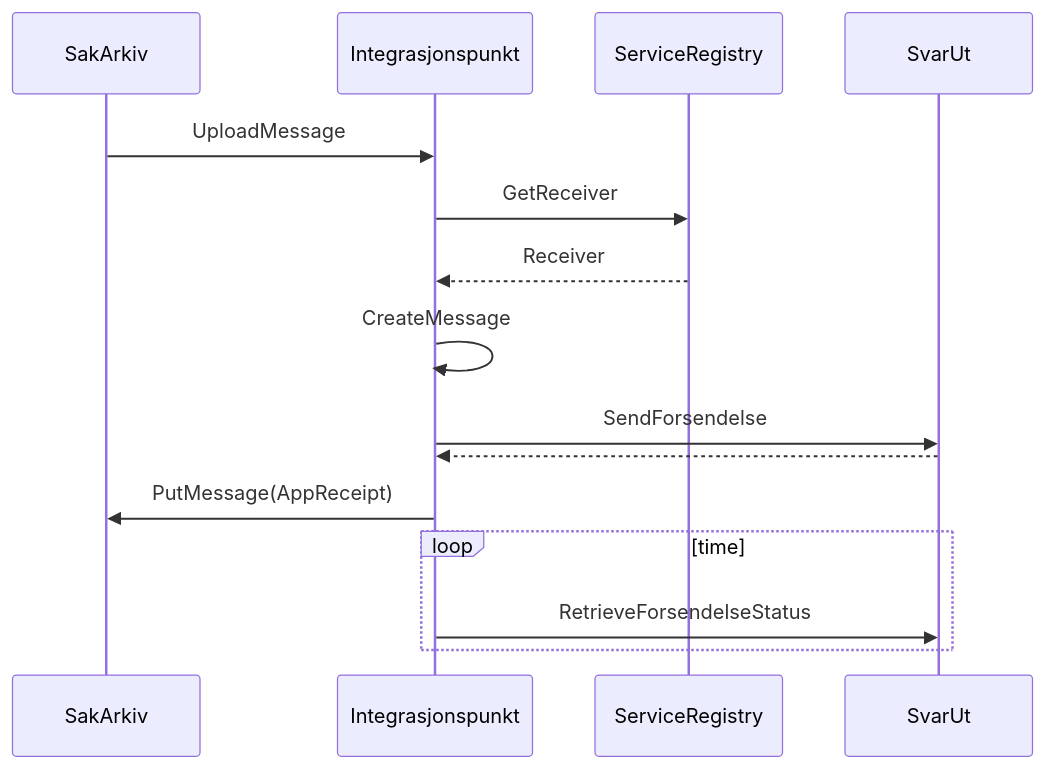
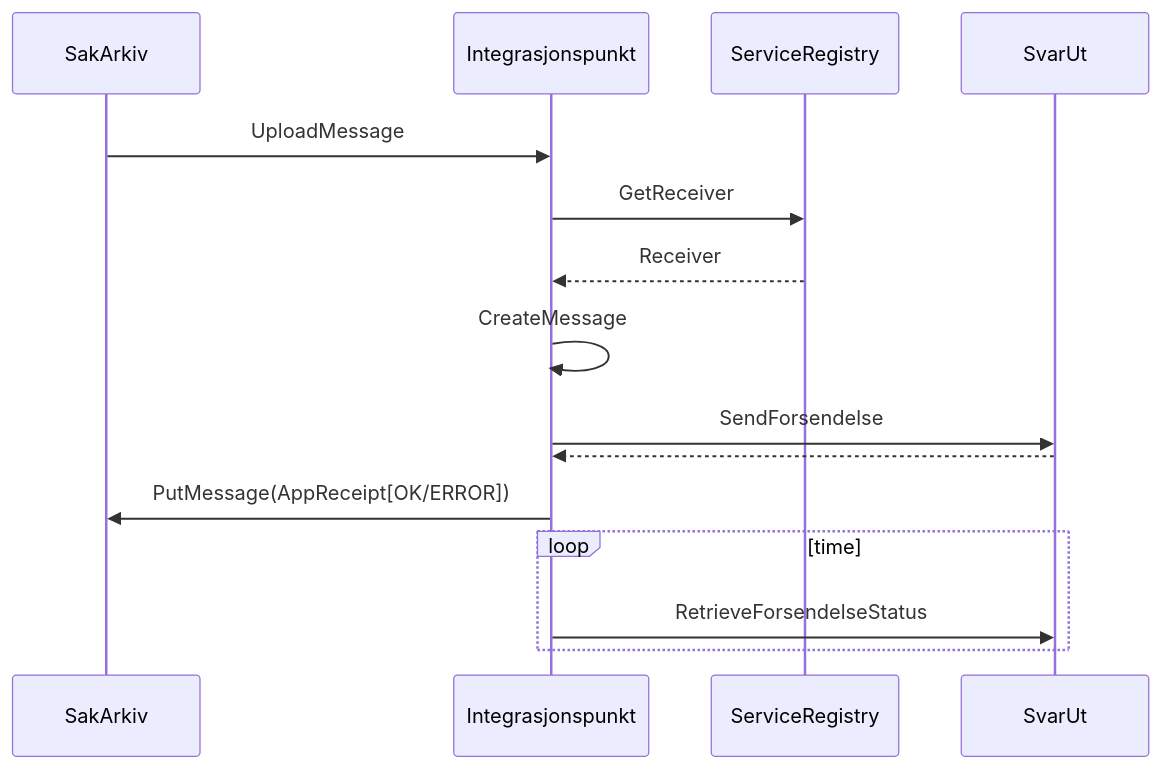
The fourth of 9 diagrams in pages/Integrasjonspunktet/messagetypes.md (difi/eformidling), drawn with Mermaid before and after one commit. The commit also changed other lines of this file, not shown here.

```diff
--- a/pages/Integrasjonspunktet/messagetypes.md
+++ b/pages/Integrasjonspunktet/messagetypes.md
@@ -128,18 +130,18 @@
 <div class="mermaid">
 sequenceDiagram
     participant fs as SakArkiv
     participant ip as Integrasjonspunkt 
     participant sr as ServiceRegistry
     participant mf  as SvarUt
 
     fs->>ip: UploadMessage
     ip->>sr: GetReceiver
     sr-->>ip: Receiver
     ip->>ip: CreateMessage
     ip->>mf: SendForsendelse    
     mf-->>ip: 
-    ip->>fs: PutMessage(AppReceipt)
+    ip->>fs: PutMessage(AppReceipt[OK/ERROR])
     loop time
         ip->>mf: RetrieveForsendelseStatus
     end
 </div>
```
